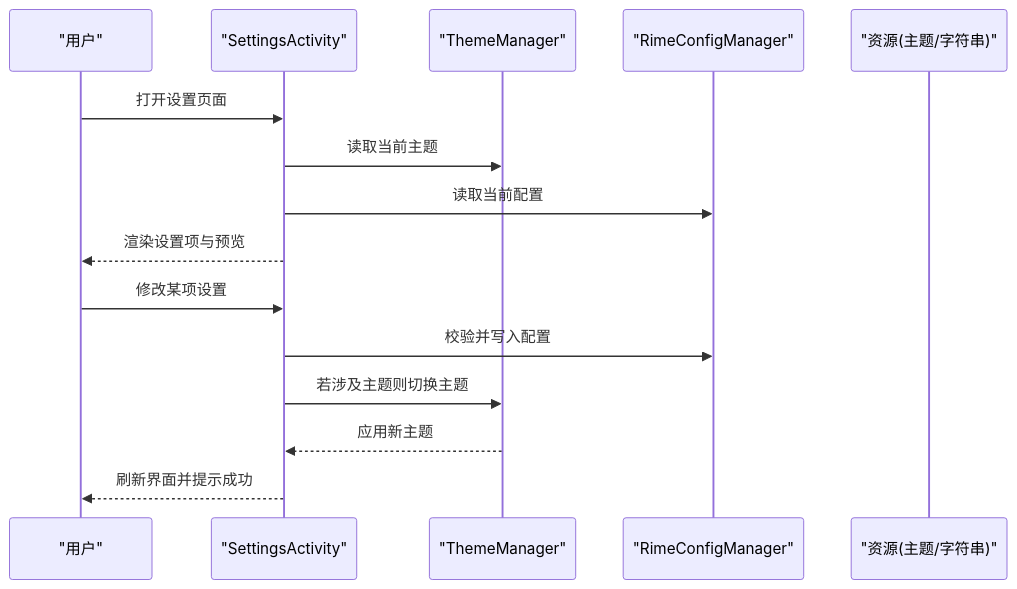
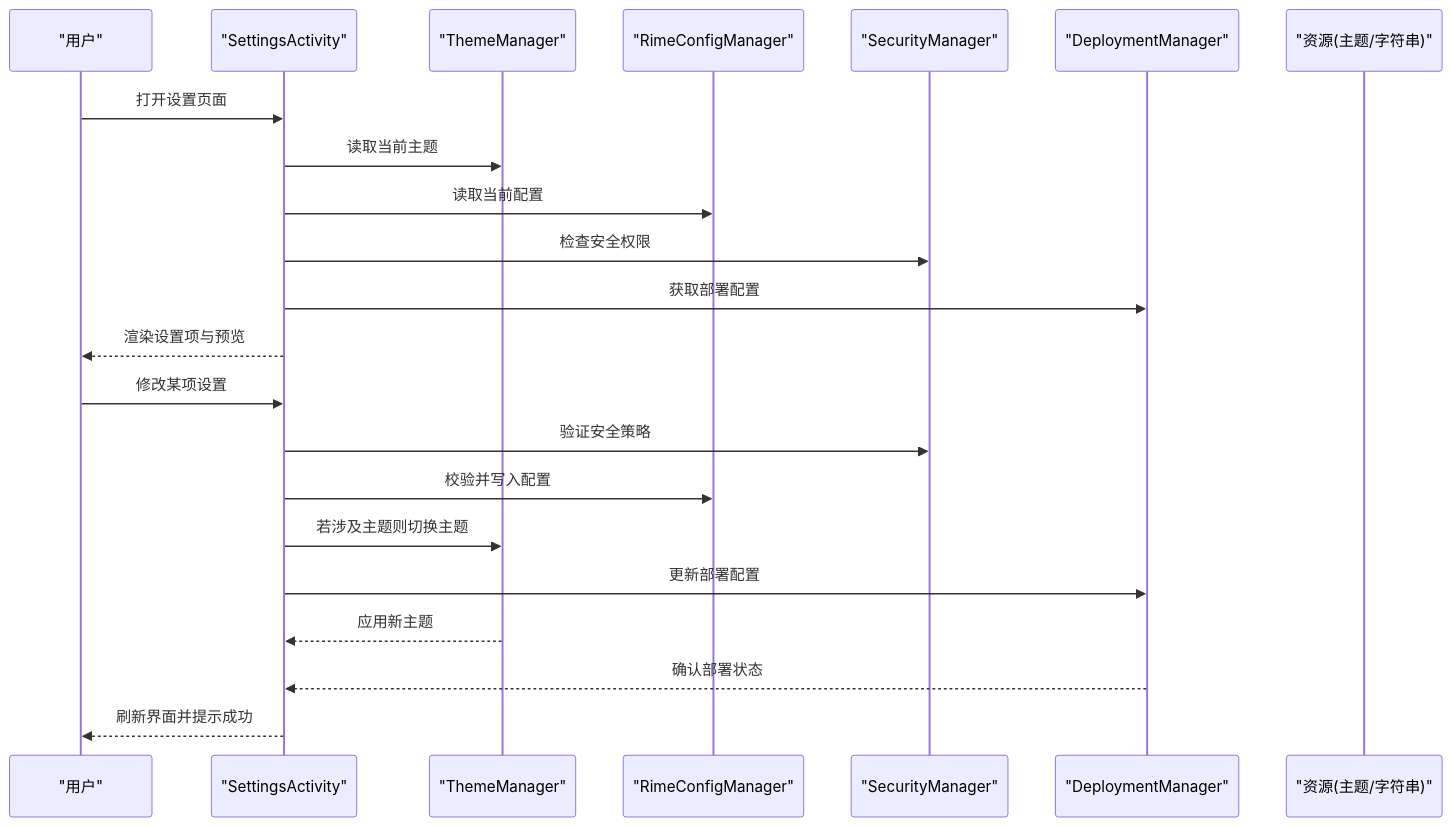
The second of 5 diagrams in .qoder/repowiki/zh/content/设置界面.md (qiaodashaoye/ziyou-ime), drawn with Mermaid before and after one commit. The commit also changed other lines of this file and 7 other files, not shown here.

````diff
--- a/.qoder/repowiki/zh/content/设置界面.md
+++ b/.qoder/repowiki/zh/content/设置界面.md
@@ -94,17 +109,24 @@
 ```mermaid
 sequenceDiagram
 participant U as "用户"
 participant A as "SettingsActivity"
 participant T as "ThemeManager"
 participant C as "RimeConfigManager"
+participant S as "SecurityManager"
+participant D as "DeploymentManager"
 participant R as "资源(主题/字符串)"
 U->>A : 打开设置页面
 A->>T : 读取当前主题
 A->>C : 读取当前配置
+A->>S : 检查安全权限
+A->>D : 获取部署配置
 A-->>U : 渲染设置项与预览
 U->>A : 修改某项设置
+A->>S : 验证安全策略
 A->>C : 校验并写入配置
 A->>T : 若涉及主题则切换主题
+A->>D : 更新部署配置
 T-->>A : 应用新主题
+D-->>A : 确认部署状态
 A-->>U : 刷新界面并提示成功
 ```
````
